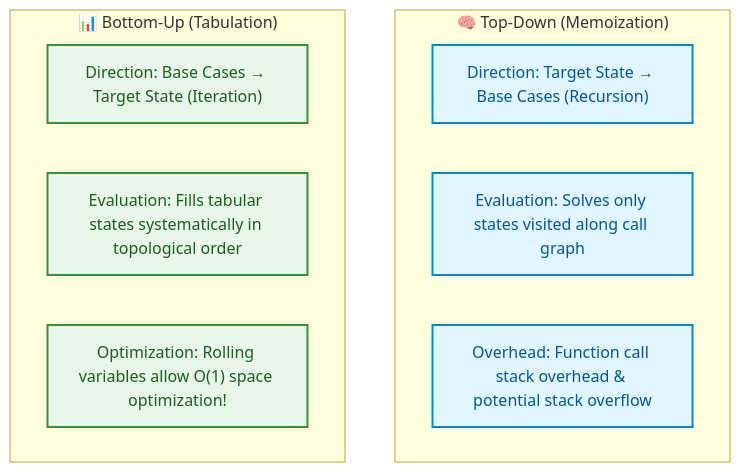
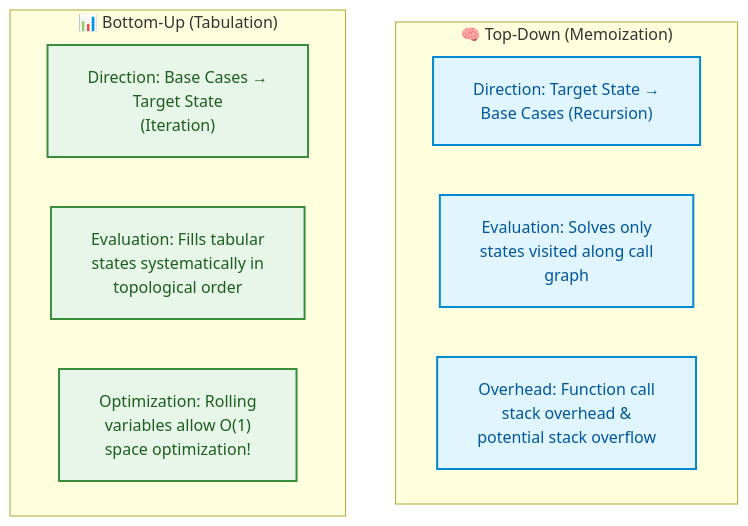
One commit to dip4k/DSA_102 changed the third of 6 diagrams in week_10_dynamic_programming_i_fundamentals/Week_10_Visual_Concepts_Playbook_HYBRID.md. Above: the diagram before and after it, drawn with Mermaid. The commit also changed other lines of this file and 108 other files, not shown here.

First line of the commit message:
fix(mermaid): resolve diagram clipping, padding, and syntax issues across repo

````diff
--- a/week_10_dynamic_programming_i_fundamentals/Week_10_Visual_Concepts_Playbook_HYBRID.md
+++ b/week_10_dynamic_programming_i_fundamentals/Week_10_Visual_Concepts_Playbook_HYBRID.md
@@ -334,17 +336,18 @@
 ```mermaid
+%%{init: {"flowchart": {"htmlLabels": true, "padding": 20}}}%%
 flowchart TD
     classDef top fill:#e1f5fe,stroke:#0288d1,color:#01579b,stroke-width:2px;
     classDef bot fill:#e8f5e9,stroke:#388e3c,color:#1b5e20,stroke-width:2px;
 
     subgraph TopDown["🧠 Top-Down (Memoization)"]
-        T1["Direction: Target State → Base Cases (Recursion)"]:::top
-        T2["Evaluation: Solves only states visited along call graph"]:::top
-        T3["Overhead: Function call stack overhead & potential stack overflow"]:::top
+        T1["Direction: Target State →<br/>Base Cases (Recursion)"]:::top
+        T2["Evaluation: Solves only<br/>states visited along call<br/>graph"]:::top
+        T3["Overhead: Function call<br/>stack overhead &<br/>potential stack overflow"]:::top
     end
 
     subgraph BottomUp["📊 Bottom-Up (Tabulation)"]
-        B1["Direction: Base Cases → Target State (Iteration)"]:::bot
-        B2["Evaluation: Fills tabular states systematically in topological order"]:::bot
-        B3["Optimization: Rolling variables allow O(1) space optimization!"]:::bot
+        B1["Direction: Base Cases →<br/>Target State<br/>(Iteration)"]:::bot
+        B2["Evaluation: Fills tabular<br/>states systematically in<br/>topological order"]:::bot
+        B3["Optimization: Rolling<br/>variables allow O(1)<br/>space optimization!"]:::bot
     end
 ```
````
